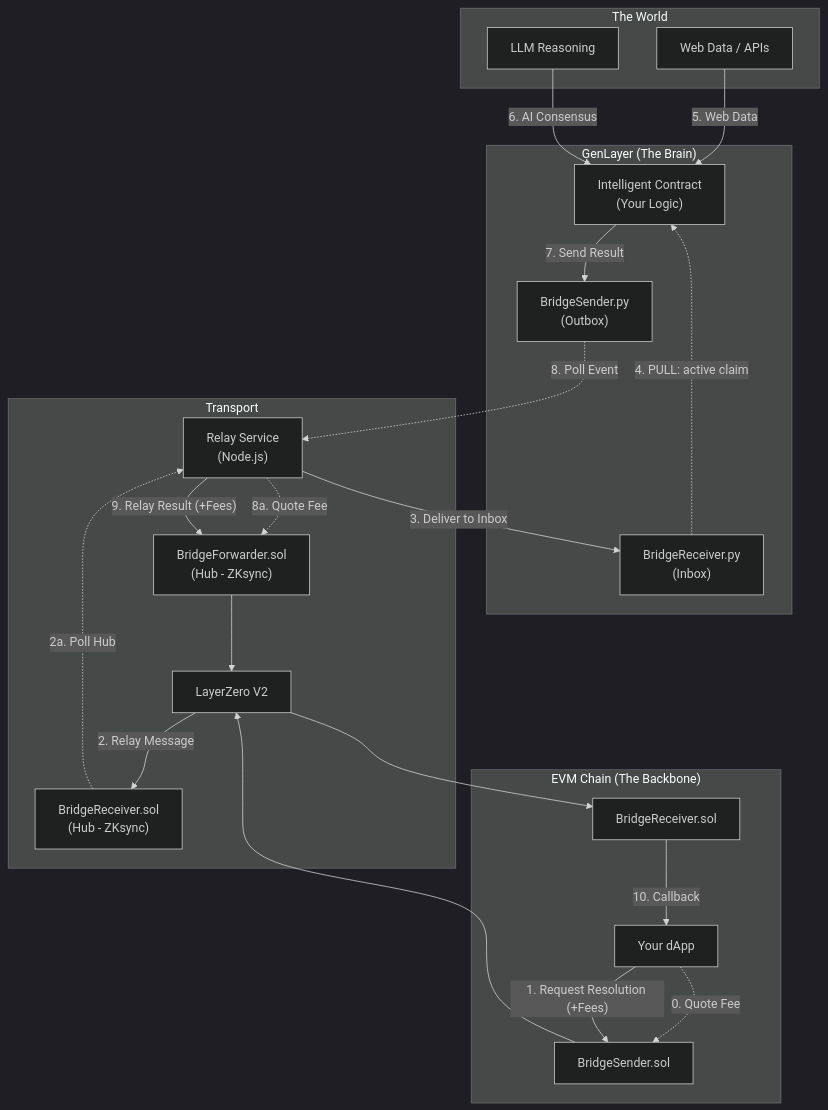
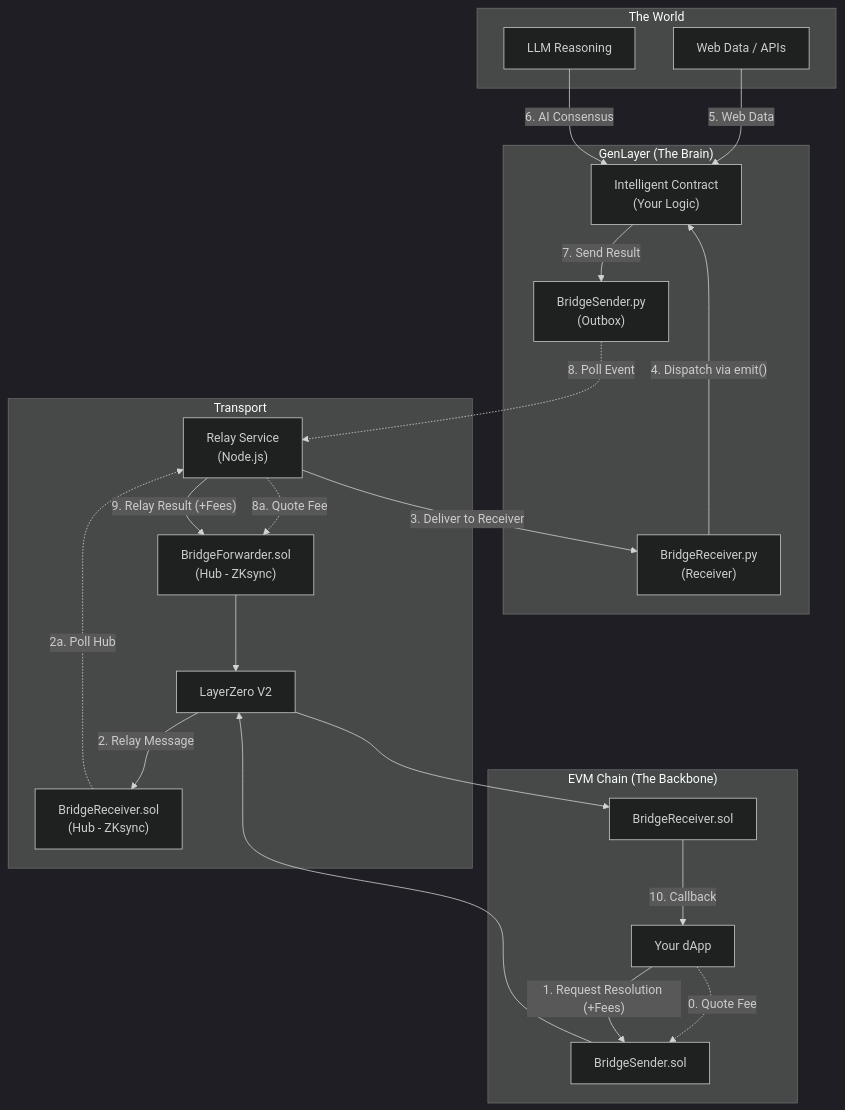
One commit to genlayer-foundation/genlayer-studio-bridge-boilerplate changed the diagram in README.md. Above: the diagram before and after it, drawn with Mermaid (dark theme). The commit also changed other lines of this file and 24 other files, not shown here.

````diff
--- a/README.md
+++ b/README.md
@@ -44,43 +44,43 @@
 ```mermaid
 graph TD
     subgraph "The World"
         Web["Web Data / APIs"]
         AI["LLM Reasoning"]
     end
 
     subgraph "GenLayer (The Brain)"
         IC["Intelligent Contract<br/>(Your Logic)"]
-        Inbox["BridgeReceiver.py<br/>(Inbox)"]
+        BR_GL["BridgeReceiver.py<br/>(Receiver)"]
         BS_GL["BridgeSender.py<br/>(Outbox)"]
     end
 
     subgraph "Transport"
         Service["Relay Service<br/>(Node.js)"]
         BF["BridgeForwarder.sol<br/>(Hub - ZKsync)"]
         BR_HUB["BridgeReceiver.sol<br/>(Hub - ZKsync)"]
         LZ["LayerZero V2"]
     end
 
     subgraph "EVM Chain (The Backbone)"
         dApp["Your dApp"]
         BS_EVM["BridgeSender.sol"]
         BR_EVM["BridgeReceiver.sol"]
     end
 
     dApp -.->|"0. Quote Fee"| BS_EVM
     dApp -->|"1. Request Resolution (+Fees)"| BS_EVM
     BS_EVM --> LZ
     LZ -->|"2. Relay Message"| BR_HUB
     BR_HUB -.->|"2a. Poll Hub"| Service
-    Service -->|"3. Deliver to Inbox"| Inbox
-    Inbox -.->|"4. PULL: active claim"| IC
+    Service -->|"3. Deliver to Receiver"| BR_GL
+    BR_GL -->|"4. Dispatch via emit()"| IC
     Web -->|"5. Web Data"| IC
     AI -->|"6. AI Consensus"| IC
     IC -->|"7. Send Result"| BS_GL
     BS_GL -.->|"8. Poll Event"| Service
     Service -.->|"8a. Quote Fee"| BF
     Service -->|"9. Relay Result (+Fees)"| BF
     BF --> LZ
     LZ --> BR_EVM
     BR_EVM -->|"10. Callback"| dApp
 ```
````
